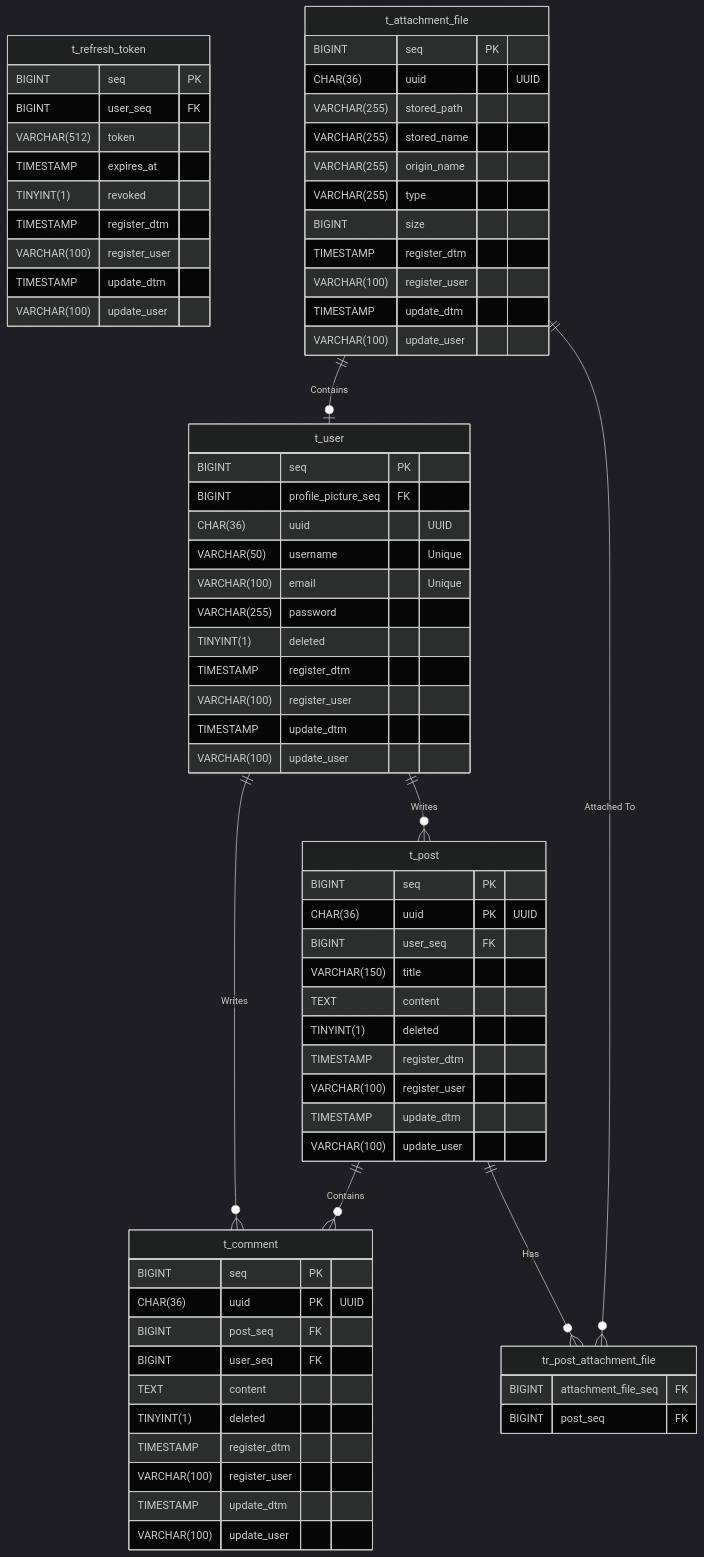
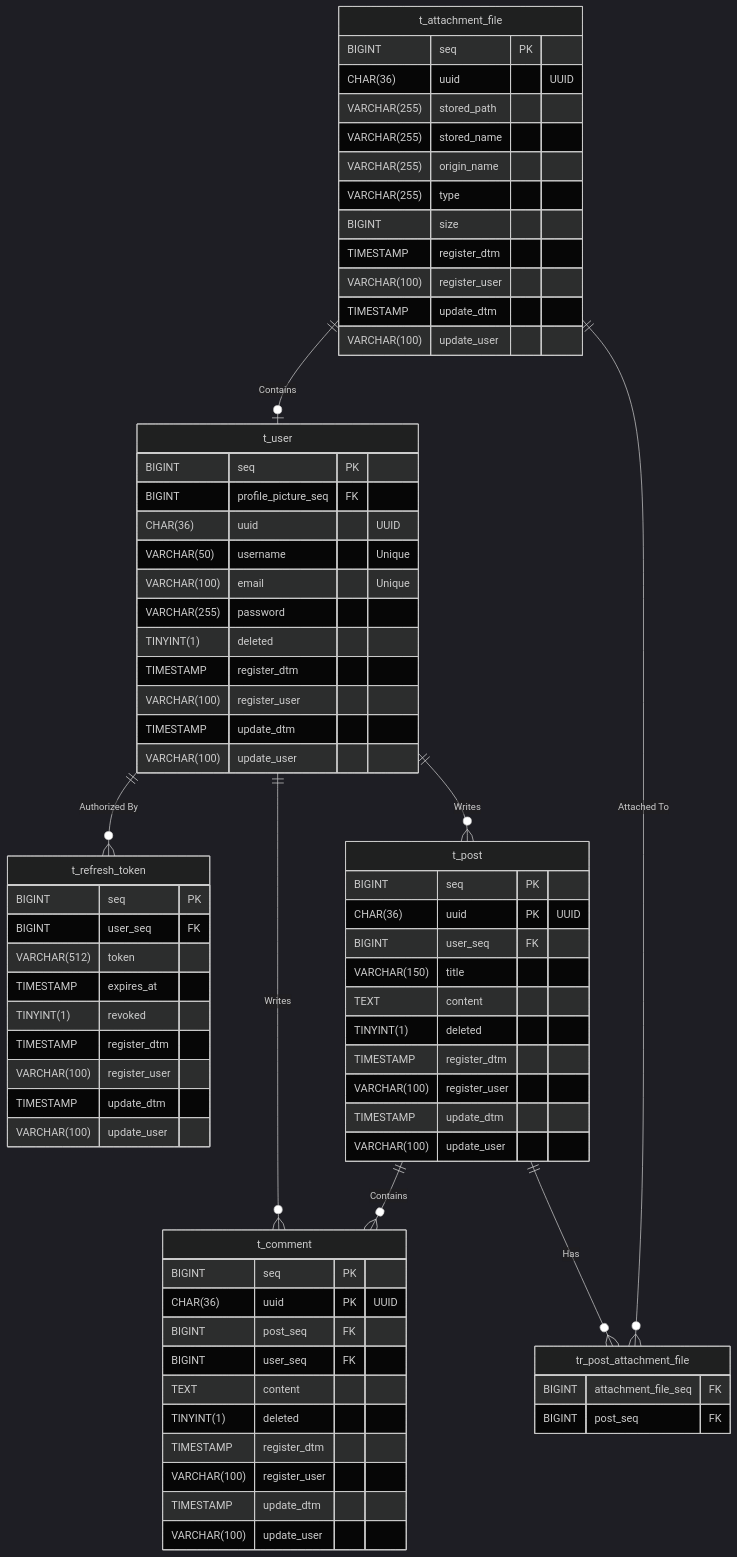
Before and after one commit to MarshmallowShadow/marsh-sql: the diagram in ERD.md, drawn with Mermaid (dark theme). The commit also changed 1 other file, not shown here.

Commit message:
Fix: Added foreign key for refresh token

````diff
--- a/ERD.md
+++ b/ERD.md
@@ -1,82 +1,83 @@
 ``` mermaid
 erDiagram
 
   t_user {
     BIGINT seq PK
     BIGINT profile_picture_seq FK
     CHAR(36) uuid "UUID"
     VARCHAR(50) username "Unique"
     VARCHAR(100) email "Unique"
     VARCHAR(255) password
     TINYINT(1) deleted
     TIMESTAMP register_dtm
     VARCHAR(100) register_user
     TIMESTAMP update_dtm
     VARCHAR(100) update_user
   }
 
   t_refresh_token {
     BIGINT seq PK
     BIGINT user_seq FK
     VARCHAR(512) token
     TIMESTAMP expires_at
     TINYINT(1) revoked
     TIMESTAMP register_dtm
     VARCHAR(100) register_user
     TIMESTAMP update_dtm
     VARCHAR(100) update_user
   }
 
   t_attachment_file {
     BIGINT seq PK
     CHAR(36) uuid "UUID"
     VARCHAR(255) stored_path
     VARCHAR(255) stored_name
     VARCHAR(255) origin_name
     VARCHAR(255) type
     BIGINT size
     TIMESTAMP register_dtm
     VARCHAR(100) register_user
     TIMESTAMP update_dtm
     VARCHAR(100) update_user
   }
 
   t_post {
     BIGINT seq PK
     CHAR(36) uuid PK "UUID"
     BIGINT user_seq FK
     VARCHAR(150) title
     TEXT content
     TINYINT(1) deleted
     TIMESTAMP register_dtm
     VARCHAR(100) register_user
     TIMESTAMP update_dtm
     VARCHAR(100) update_user
   }
 
   t_comment {
     BIGINT seq PK
     CHAR(36) uuid PK "UUID"
     BIGINT post_seq FK
     BIGINT user_seq FK
     TEXT content
     TINYINT(1) deleted
     TIMESTAMP register_dtm
     VARCHAR(100) register_user
     TIMESTAMP update_dtm
     VARCHAR(100) update_user
   }
 
   tr_post_attachment_file {
     BIGINT attachment_file_seq FK
     BIGINT post_seq FK
   }
 
   t_attachment_file ||--o| t_user : "Contains"
   t_user ||--o{ t_post : "Writes"
   t_user ||--o{ t_comment : "Writes"
+  t_user ||--o{ t_refresh_token : "Authorized By"
   t_post ||--o{ t_comment : "Contains"
   t_post ||--o{ tr_post_attachment_file : "Has"
   t_attachment_file ||--o{ tr_post_attachment_file : "Attached To"
 
 ```
````
